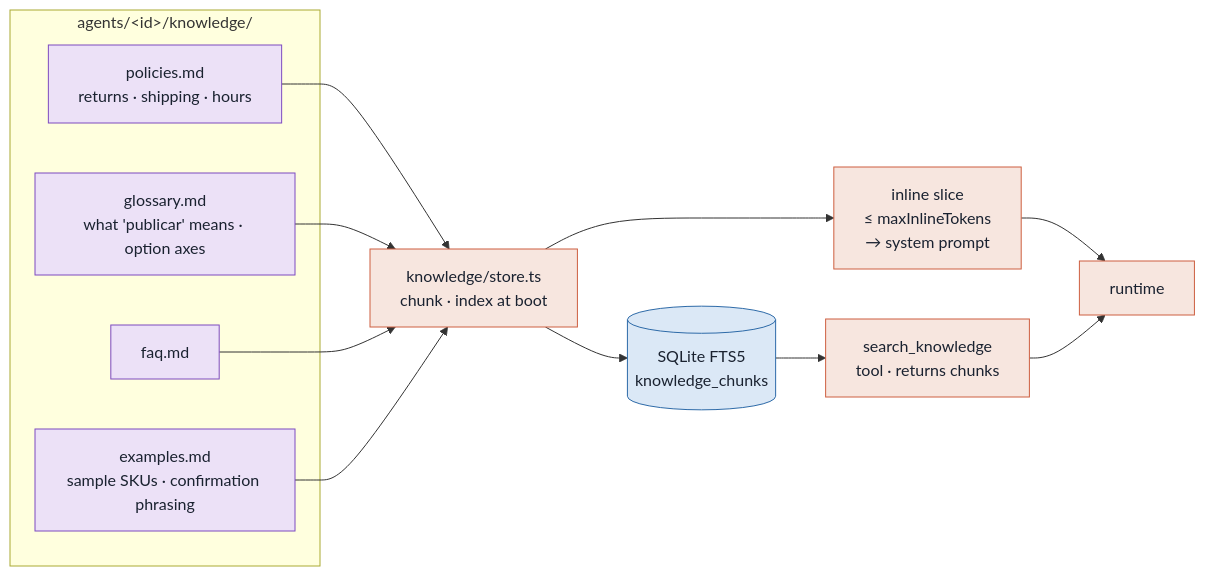
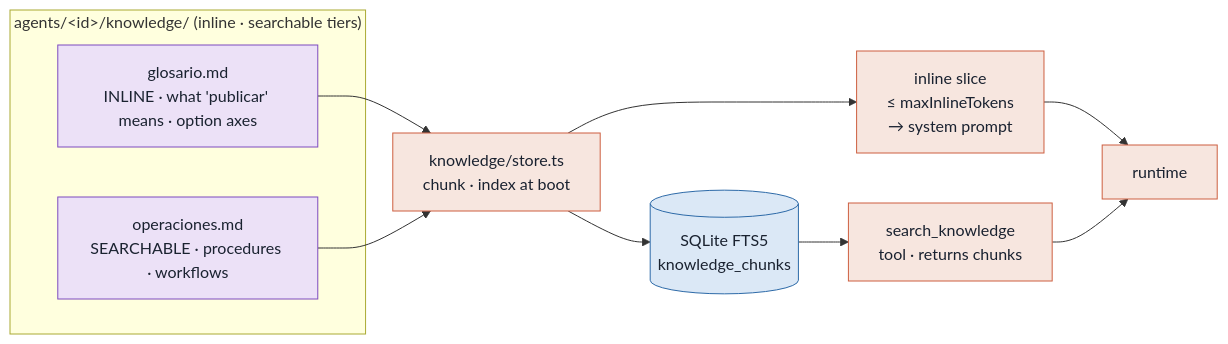
The seventh of 11 diagrams in docs/agent-platform-decoupling.md (santiagoposadag/ShopifyVitrina), drawn with Mermaid before and after one commit. The commit also changed other lines of this file and 4 other files, not shown here.

````diff
--- a/docs/agent-platform-decoupling.md
+++ b/docs/agent-platform-decoupling.md
@@ -327,25 +327,23 @@
 ```mermaid
 flowchart LR
-  subgraph SRC["agents/&lt;id&gt;/knowledge/"]
-    K1["policies.md<br/>returns · shipping · hours"]
-    K2["glossary.md<br/>what 'publicar' means · option axes"]
-    K3["faq.md"]
-    K4["examples.md<br/>sample SKUs · confirmation phrasing"]
+  subgraph SRC["agents/&lt;id&gt;/knowledge/ (inline · searchable tiers)"]
+    K1["glosario.md<br/>INLINE · what 'publicar' means · option axes"]
+    K2["operaciones.md<br/>SEARCHABLE · procedures · workflows"]
   end
   LOAD["knowledge/store.ts<br/>chunk · index at boot"]
   INL["inline slice<br/>≤ maxInlineTokens<br/>→ system prompt"]
   FTS[("SQLite FTS5<br/>knowledge_chunks")]
   TOOL["search_knowledge<br/>tool · returns chunks"]
   RT["runtime"]
 
-  K1 & K2 & K3 & K4 --> LOAD
+  K1 & K2 --> LOAD
   LOAD --> INL --> RT
   LOAD --> FTS --> TOOL --> RT
 
   classDef defs fill:#ece1f7,stroke:#7d4bc0,color:#1a2230;
   classDef agent fill:#f7e6df,stroke:#cd5f40,color:#1a2230;
   classDef data fill:#dbe8f6,stroke:#2d6aa8,color:#1a2230;
-  class K1,K2,K3,K4 defs;
+  class K1,K2 defs;
   class LOAD,INL,TOOL,RT agent;
   class FTS data;
 ```
````
